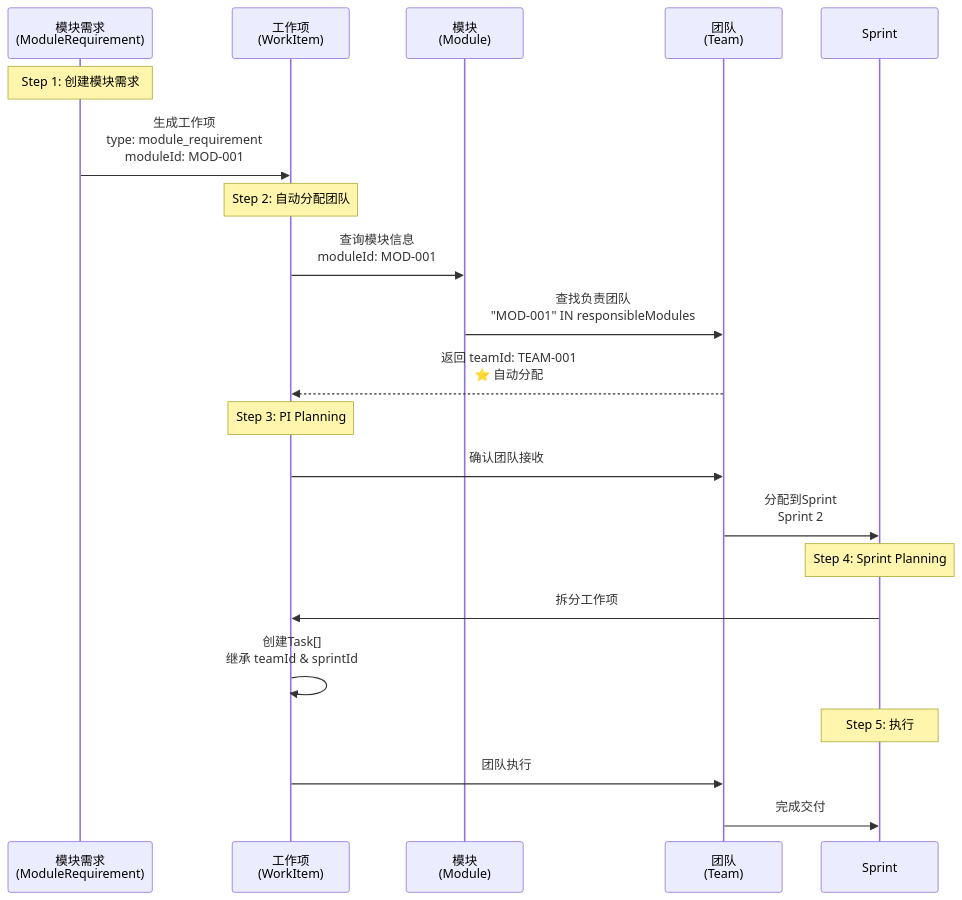
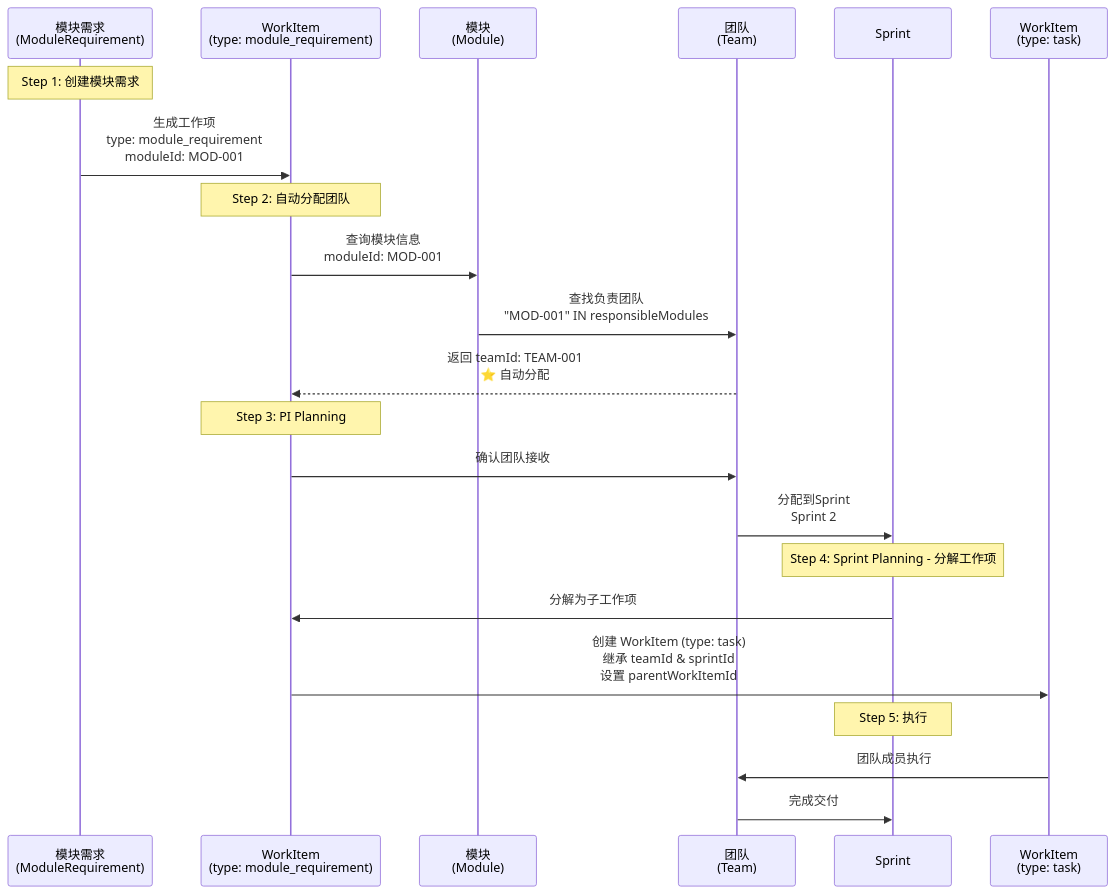
One commit to zjx-immersion/domain-model-design changed the fourth of 10 diagrams in Architecture/v2/04-task/TASK_BASED_ARCHITECTURE_V3.md. Above: the diagram before and after it, drawn with Mermaid. The commit also changed other lines of this file, not shown here.

First line of the commit message:
refactor: 修正WorkItem架构设计 - WorkItem是基础模型，Task是其一种类型

````diff
--- a/Architecture/v2/04-task/TASK_BASED_ARCHITECTURE_V3.md
+++ b/Architecture/v2/04-task/TASK_BASED_ARCHITECTURE_V3.md
@@ -375,28 +388,29 @@
 ```mermaid
 sequenceDiagram
     participant MR as 模块需求<br/>(ModuleRequirement)
-    participant WI as 工作项<br/>(WorkItem)
+    participant WI_MR as WorkItem<br/>(type: module_requirement)
     participant Module as 模块<br/>(Module)
     participant Team as 团队<br/>(Team)
     participant Sprint as Sprint
+    participant WI_Task as WorkItem<br/>(type: task)
     
     Note over MR: Step 1: 创建模块需求
-    MR->>WI: 生成工作项<br/>type: module_requirement<br/>moduleId: MOD-001
+    MR->>WI_MR: 生成工作项<br/>type: module_requirement<br/>moduleId: MOD-001
     
-    Note over WI: Step 2: 自动分配团队
-    WI->>Module: 查询模块信息<br/>moduleId: MOD-001
+    Note over WI_MR: Step 2: 自动分配团队
+    WI_MR->>Module: 查询模块信息<br/>moduleId: MOD-001
     Module->>Team: 查找负责团队<br/>"MOD-001" IN responsibleModules
-    Team-->>WI: 返回 teamId: TEAM-001<br/>⭐ 自动分配
+    Team-->>WI_MR: 返回 teamId: TEAM-001<br/>⭐ 自动分配
     
-    Note over WI: Step 3: PI Planning
-    WI->>Team: 确认团队接收
+    Note over WI_MR: Step 3: PI Planning
+    WI_MR->>Team: 确认团队接收
     Team->>Sprint: 分配到Sprint<br/>Sprint 2
     
-    Note over Sprint: Step 4: Sprint Planning
-    Sprint->>WI: 拆分工作项
-    WI->>WI: 创建Task[]<br/>继承 teamId & sprintId
+    Note over Sprint: Step 4: Sprint Planning - 分解工作项
+    Sprint->>WI_MR: 分解为子工作项
+    WI_MR->>WI_Task: 创建 WorkItem (type: task)<br/>继承 teamId & sprintId<br/>设置 parentWorkItemId
     
     Note over Sprint: Step 5: 执行
-    WI->>Team: 团队执行
+    WI_Task->>Team: 团队成员执行
     Team->>Sprint: 完成交付
 ```
````
